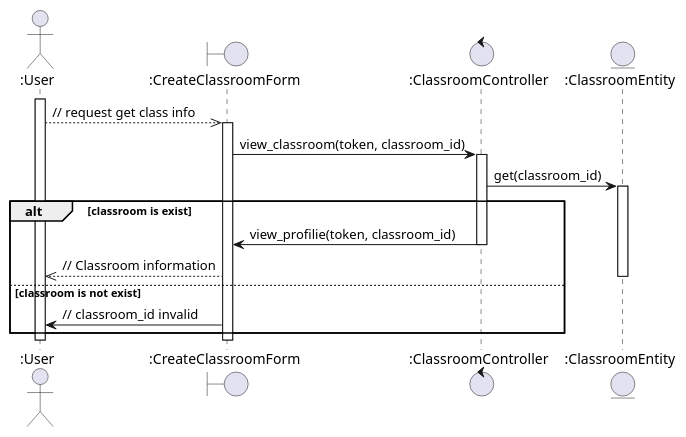
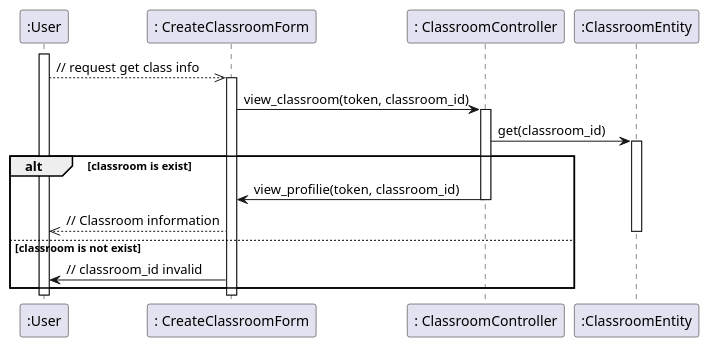
One commit to anonyhostvn/OOAD-Diagram changed the diagram in sequence - design/classroom/viewClass.plantuml. Above: the diagram before and after it, drawn with PlantUML. The commit also changed 13 other files, not shown here.

```diff
--- a/sequence - design/classroom/viewClass.plantuml
+++ b/sequence - design/classroom/viewClass.plantuml
@@ -1,27 +1,22 @@
 @startuml viewClass
 
-actor ":User"
-boundary ":CreateClassroomForm"
-control ":ClassroomController"
-entity ":ClassroomEntity"
-
 activate ":User"
-":User" -->> ":CreateClassroomForm": // request get class info
-activate ":CreateClassroomForm"
-":CreateClassroomForm" -> ":ClassroomController": view_classroom(token, classroom_id)
-activate ":ClassroomController"
-":ClassroomController" -> ":ClassroomEntity": get(classroom_id)
+":User" -->> ": CreateClassroomForm": // request get class info
+activate ": CreateClassroomForm"
+": CreateClassroomForm" -> ": ClassroomController": view_classroom(token, classroom_id)
+activate ": ClassroomController"
+": ClassroomController" -> ":ClassroomEntity": get(classroom_id)
 activate ":ClassroomEntity"
 alt classroom is exist
-    ":ClassroomController" -> ":CreateClassroomForm": view_profilie(token, classroom_id)
-    deactivate ":ClassroomController"
-    ":CreateClassroomForm" -->> ":User": // Classroom information
+    ": ClassroomController" -> ": CreateClassroomForm": view_profilie(token, classroom_id)
+    deactivate ": ClassroomController"
+    ": CreateClassroomForm" -->> ":User": // Classroom information
 else classroom is not exist
     deactivate ":ClassroomEntity"
-    ":CreateClassroomForm" -> ":User": // classroom_id invalid
+    ": CreateClassroomForm" -> ":User": // classroom_id invalid
 end
 
-deactivate ":CreateClassroomForm"
+deactivate ": CreateClassroomForm"
 deactivate ":User"
 
 @enduml
```
